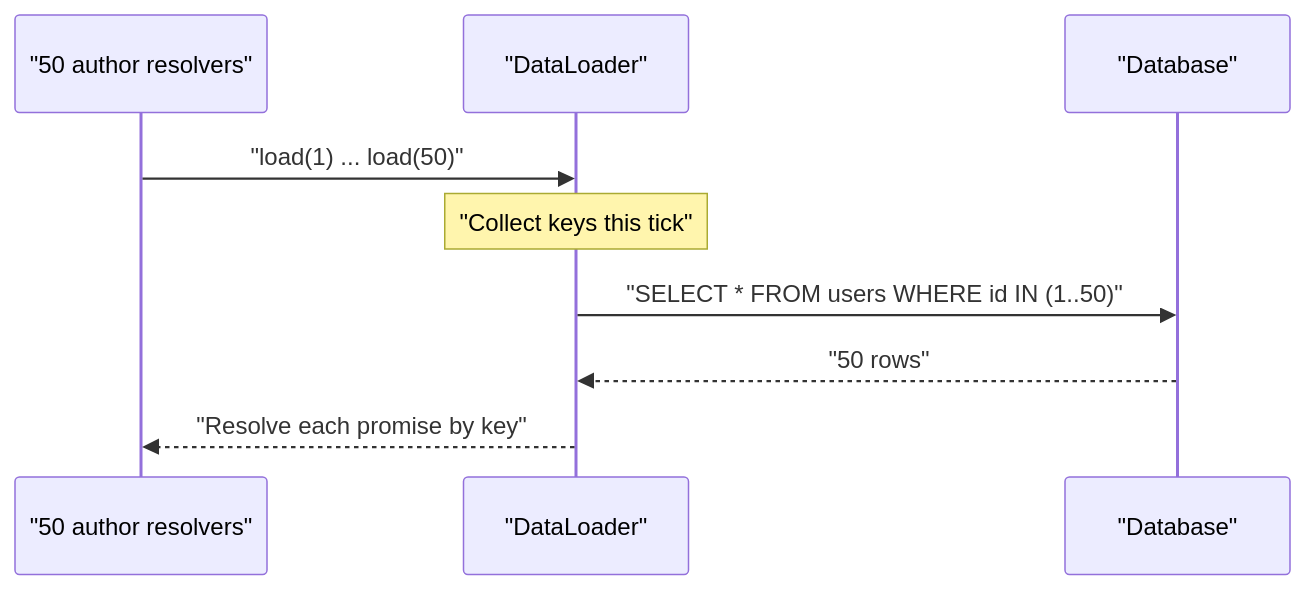
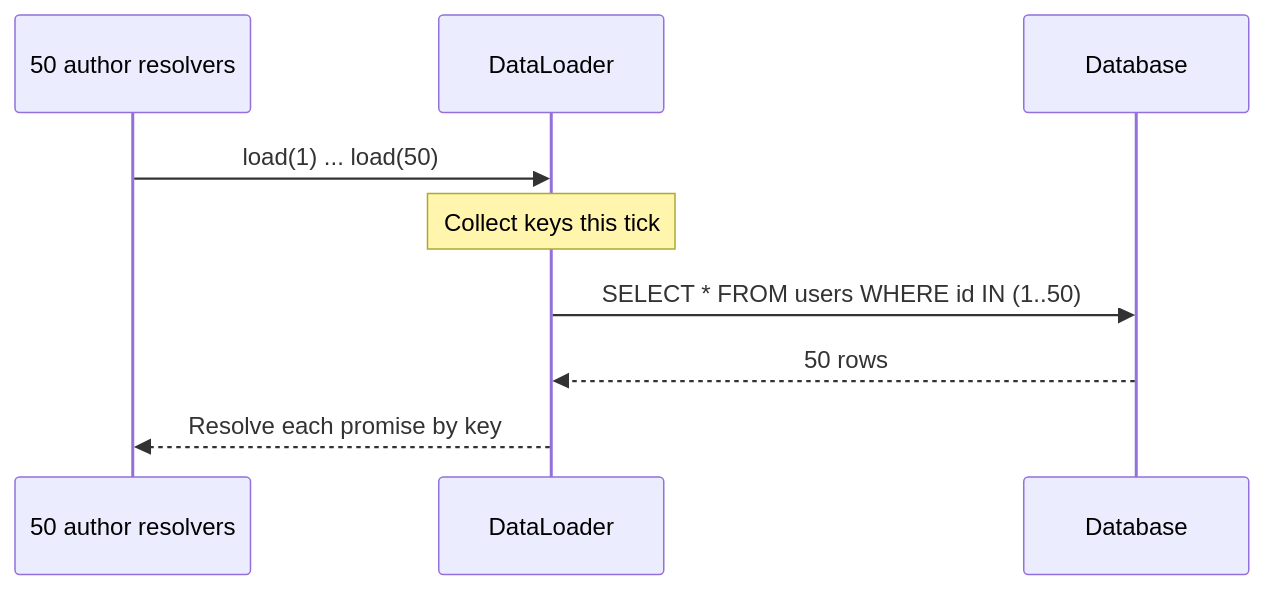
Before and after one commit to vabs/vabs.github.io: the second of 2 diagrams in content/post/graphql-resolver-batching-and-n-plus-1-problem.md, drawn with Mermaid. The commit also changed other lines of this file and 87 other files, not shown here.

First line of the commit message:
Fix: Readable mermaid diagrams and fact-check blog posts

```diff
--- a/content/post/graphql-resolver-batching-and-n-plus-1-problem.md
+++ b/content/post/graphql-resolver-batching-and-n-plus-1-problem.md
@@ -85,11 +85,11 @@
 {{< mermaid >}}
 sequenceDiagram
-    participant R as "50 author resolvers"
-    participant L as "DataLoader"
-    participant DB as "Database"
-    R->>L: "load(1) ... load(50)"
-    Note over L: "Collect keys this tick"
-    L->>DB: "SELECT * FROM users WHERE id IN (1..50)"
-    DB-->>L: "50 rows"
-    L-->>R: "Resolve each promise by key"
+    participant R as 50 author resolvers
+    participant L as DataLoader
+    participant DB as Database
+    R->>L: load(1) ... load(50)
+    Note over L: Collect keys this tick
+    L->>DB: SELECT * FROM users WHERE id IN (1..50)
+    DB-->>L: 50 rows
+    L-->>R: Resolve each promise by key
 {{< /mermaid >}}
```
